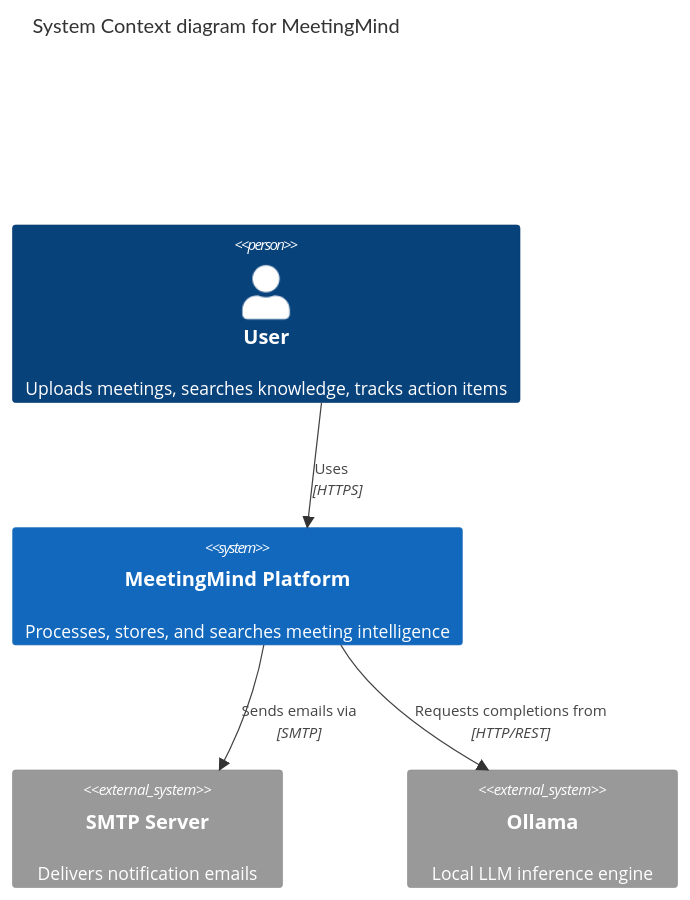
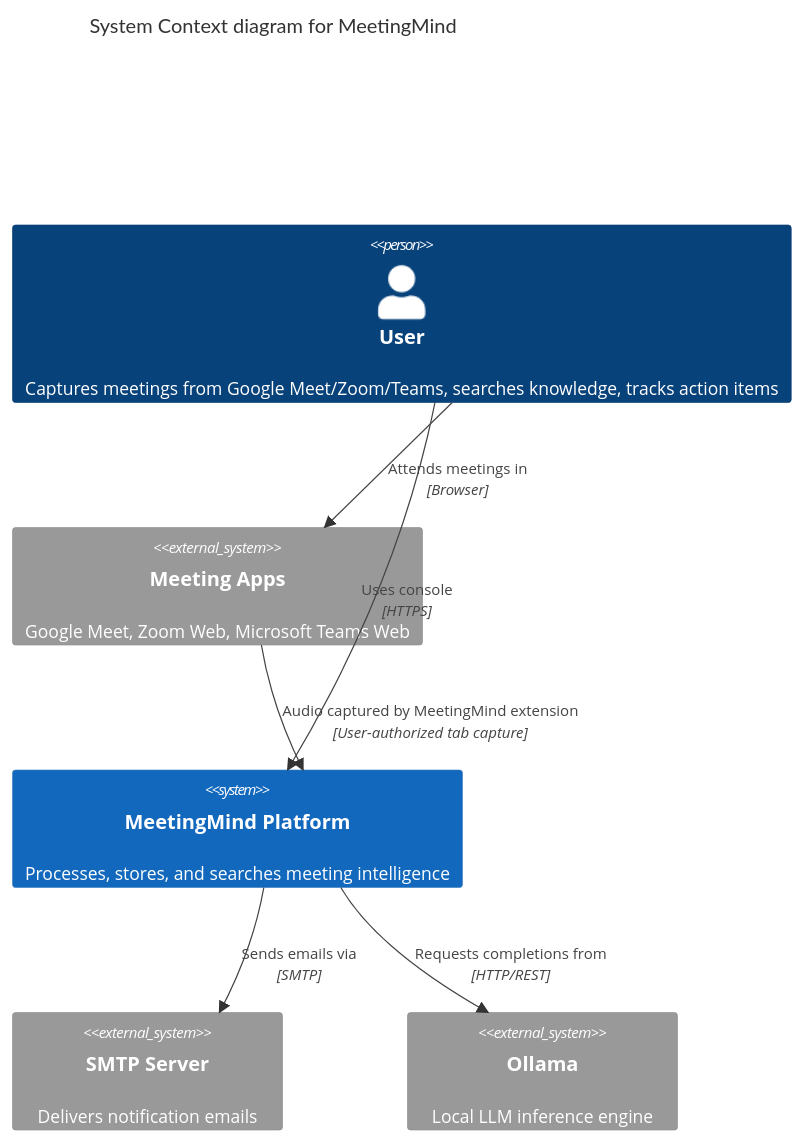
The first of 3 diagrams in 00-project/architecture-overview.md (rudrabhavsar7/MeetingMind), drawn with Mermaid before and after one commit. The commit also changed other lines of this file and 82 other files, not shown here.

Commit message:
docs: align MeetingMind extension-first planning

````diff
--- a/00-project/architecture-overview.md
+++ b/00-project/architecture-overview.md
@@ -22,14 +22,17 @@
 ```mermaid
 C4Context
     title System Context diagram for MeetingMind
 
-    Person(user, "User", "Uploads meetings, searches knowledge, tracks action items")
+    Person(user, "User", "Captures meetings from Google Meet/Zoom/Teams, searches knowledge, tracks action items")
+    System_Ext(meeting_apps, "Meeting Apps", "Google Meet, Zoom Web, Microsoft Teams Web")
     System(meetingmind, "MeetingMind Platform", "Processes, stores, and searches meeting intelligence")
     
     System_Ext(smtp, "SMTP Server", "Delivers notification emails")
     System_Ext(ollama, "Ollama", "Local LLM inference engine")
 
-    Rel(user, meetingmind, "Uses", "HTTPS")
+    Rel(user, meeting_apps, "Attends meetings in", "Browser")
+    Rel(user, meetingmind, "Uses console", "HTTPS")
+    Rel(meeting_apps, meetingmind, "Audio captured by MeetingMind extension", "User-authorized tab capture")
     Rel(meetingmind, smtp, "Sends emails via", "SMTP")
     Rel(meetingmind, ollama, "Requests completions from", "HTTP/REST")
 ```
````
